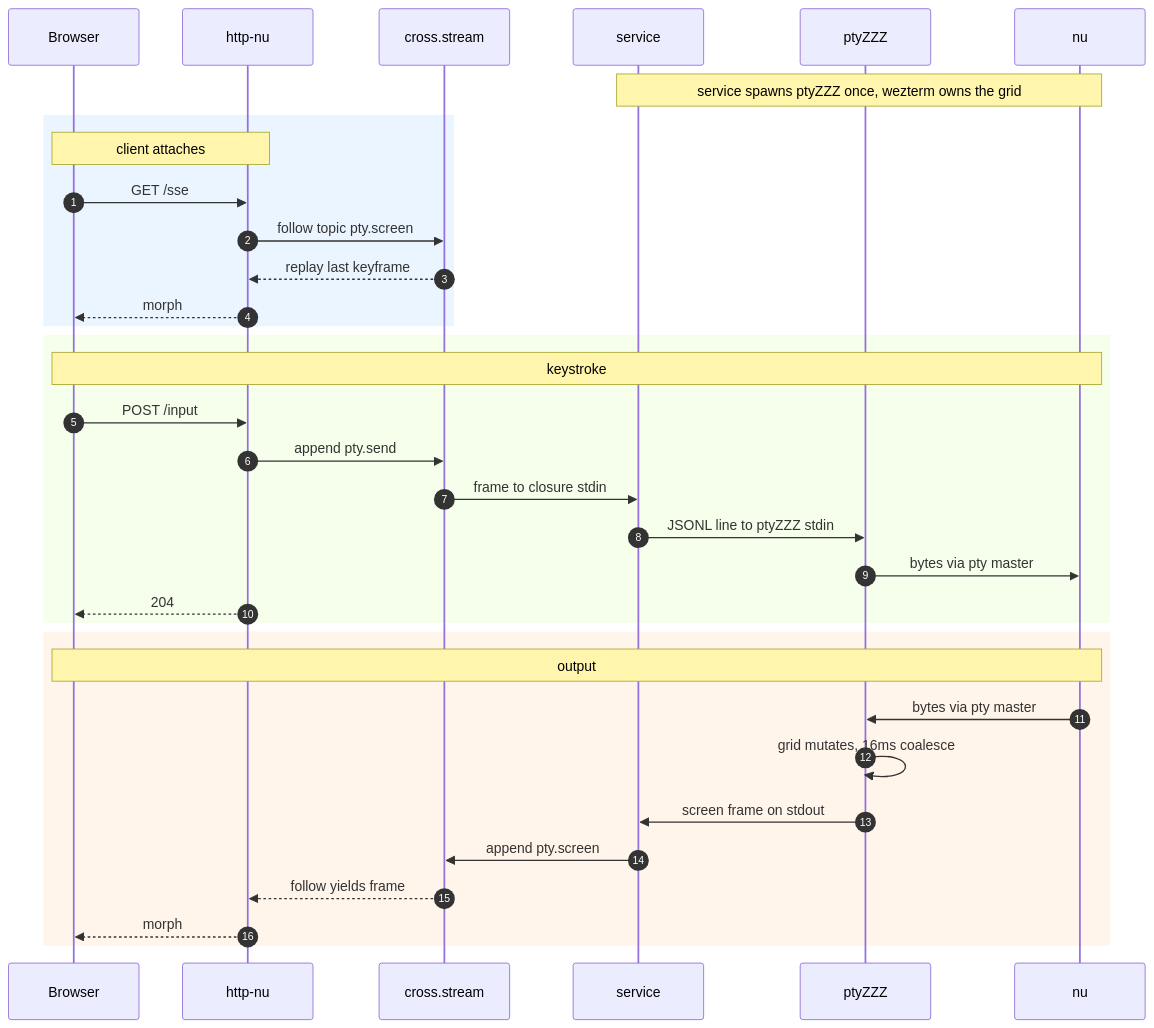
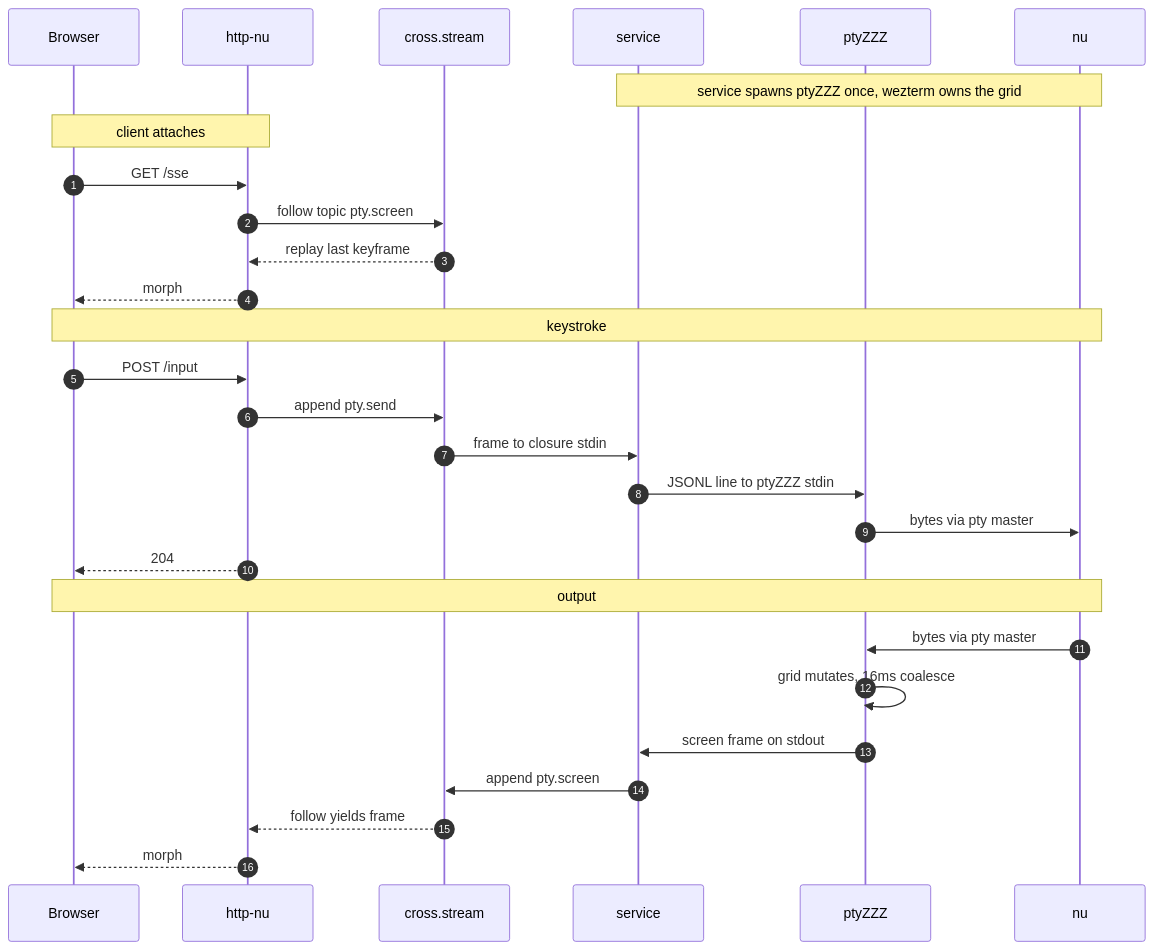
Before and after one commit to cablehead/ptyZZZ: the diagram in README.md, drawn with Mermaid.

Commit message:
docs: drop colored bands from the sequence diagram

````diff
--- a/README.md
+++ b/README.md
@@ -107,40 +107,34 @@
 ```mermaid
 sequenceDiagram
     autonumber
     participant Browser
     participant HTTP as http-nu
     participant XS as cross.stream
     participant Svc as service
     participant Pty as ptyZZZ
     participant Sh as nu
 
     Note over Svc,Sh: service spawns ptyZZZ once, wezterm owns the grid
 
-    rect rgb(235, 245, 255)
-        Note over Browser,HTTP: client attaches
-        Browser->>HTTP: GET /sse
-        HTTP->>XS: follow topic pty.screen
-        XS-->>HTTP: replay last keyframe
-        HTTP-->>Browser: morph #grid
-    end
+    Note over Browser,HTTP: client attaches
+    Browser->>HTTP: GET /sse
+    HTTP->>XS: follow topic pty.screen
+    XS-->>HTTP: replay last keyframe
+    HTTP-->>Browser: morph #grid
 
-    rect rgb(245, 255, 235)
-        Note over Browser,Sh: keystroke
-        Browser->>HTTP: POST /input
-        HTTP->>XS: append pty.send
-        XS->>Svc: frame to closure stdin
-        Svc->>Pty: JSONL line to ptyZZZ stdin
-        Pty->>Sh: bytes via pty master
-        HTTP-->>Browser: 204
-    end
+    Note over Browser,Sh: keystroke
+    Browser->>HTTP: POST /input
+    HTTP->>XS: append pty.send
+    XS->>Svc: frame to closure stdin
+    Svc->>Pty: JSONL line to ptyZZZ stdin
+    Pty->>Sh: bytes via pty master
+    HTTP-->>Browser: 204
 
-    rect rgb(255, 245, 235)
-        Note over Sh,Browser: output
-        Sh->>Pty: bytes via pty master
-        Pty->>Pty: grid mutates, 16ms coalesce
-        Pty->>Svc: screen frame on stdout
-        Svc->>XS: append pty.screen
-        XS-->>HTTP: follow yields frame
-        HTTP-->>Browser: morph #grid
-    end
+    Note over Sh,Browser: output
+    Sh->>Pty: bytes via pty master
+    Pty->>Pty: grid mutates, 16ms coalesce
+    Pty->>Svc: screen frame on stdout
+    Svc->>XS: append pty.screen
+    XS-->>HTTP: follow yields frame
+    HTTP-->>Browser: morph #grid
 ```
````
